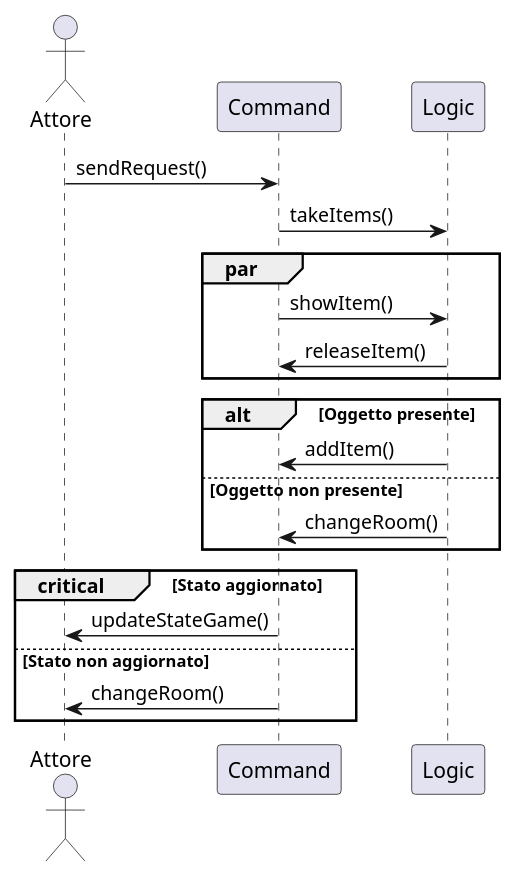
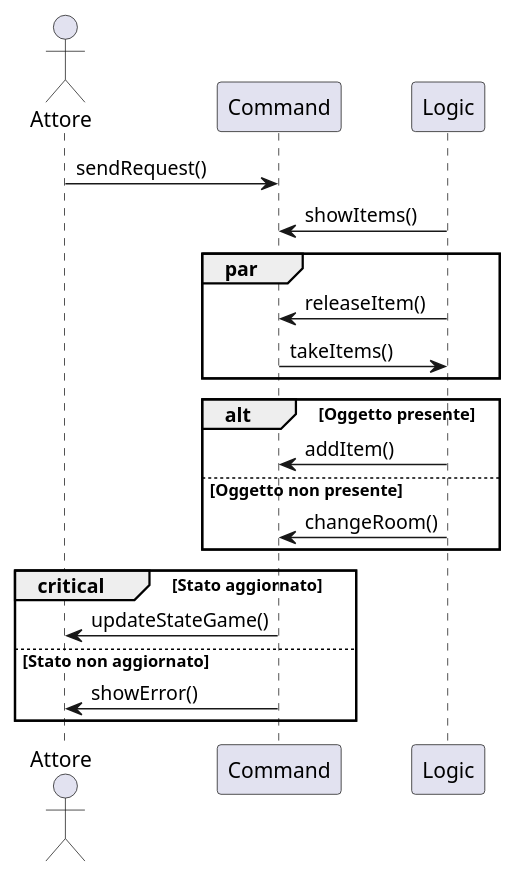
Before and after one commit to antozerba/Text-Based-AdventureGame: the diagram in Documenti/Documento di design/Internal Sequence Diagrams/PickUpItems.puml, drawn with PlantUML. The commit also changed other lines of this file and 4 other files, not shown here.

Commit message:
Internal sequence diagrams

```diff
--- a/Documenti/Documento di design/Internal Sequence Diagrams/PickUpItems.puml
+++ b/Documenti/Documento di design/Internal Sequence Diagrams/PickUpItems.puml
@@ -1,22 +1,22 @@
 @startuml
 actor Attore 
 participant Command
 participant Logic 
 
 Attore -> Command: sendRequest()
-Command -> Logic: takeItems()
+Command <- Logic: showItems()
 Par 
-    Command -> Logic: showItem()
     Command <- Logic: releaseItem()
+    Command -> Logic: takeItems()
 end
 Alt Oggetto presente 
     Command <- Logic: addItem()
 else Oggetto non presente
     Command <- Logic: changeRoom()
 end
 Critical Stato aggiornato 
 Attore <- Command: updateStateGame()
 else Stato non aggiornato
-Attore <- Command: changeRoom()
+Attore <- Command: showError()
 end
 @enduml
```
